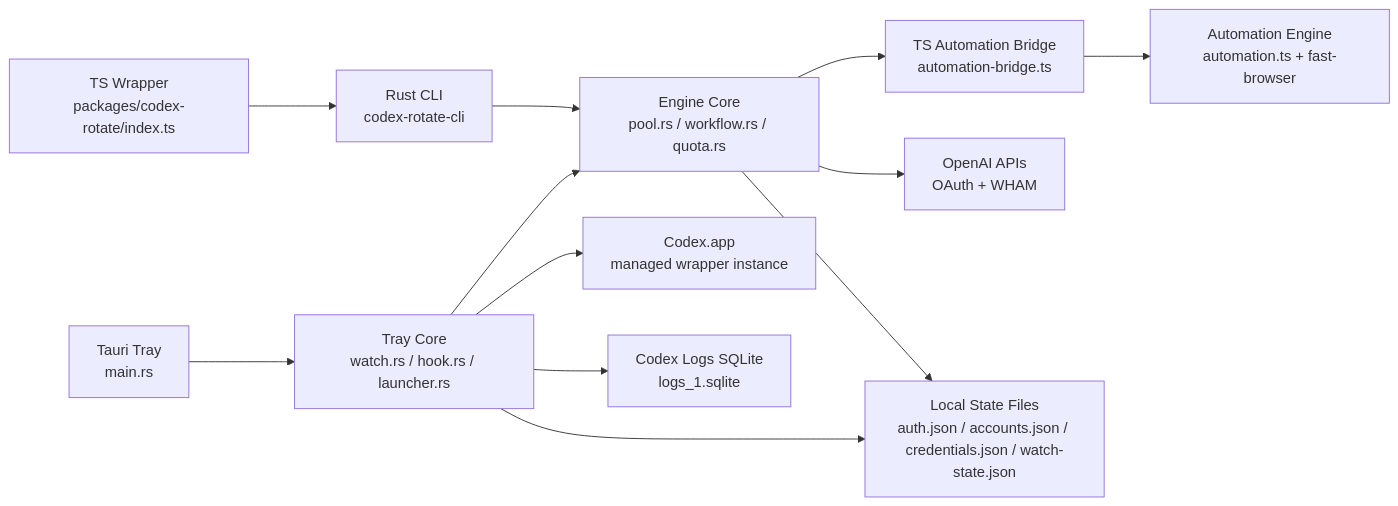
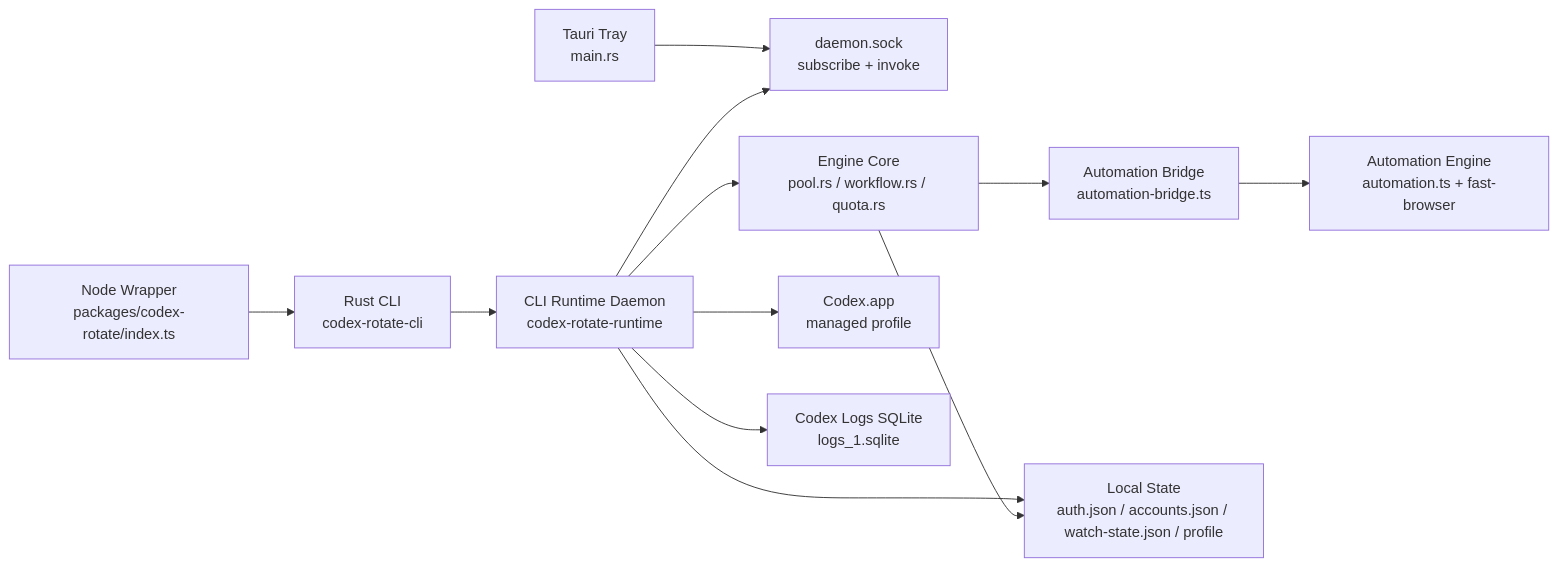
Before and after one commit to omar391/ai-tools: the first of 3 diagrams in packages/codex-rotate-app/architecture.md, drawn with Mermaid. The commit also changed other lines of this file and 36 other files, not shown here.

Commit message:
refactor(codex-rotate): move runtime ownership into the cli

````diff
--- a/packages/codex-rotate-app/architecture.md
+++ b/packages/codex-rotate-app/architecture.md
@@ -25,26 +25,26 @@
 ```mermaid
 flowchart LR
   Tray["Tauri Tray<br/>main.rs"]
-  TrayCore["Tray Core<br/>watch.rs / hook.rs / launcher.rs"]
+  IPC["daemon.sock<br/>subscribe + invoke"]
+  Runtime["CLI Runtime Daemon<br/>codex-rotate-runtime"]
   Engine["Engine Core<br/>pool.rs / workflow.rs / quota.rs"]
   CLI["Rust CLI<br/>codex-rotate-cli"]
-  Wrapper["TS Wrapper<br/>packages/codex-rotate/index.ts"]
-  Bridge["TS Automation Bridge<br/>automation-bridge.ts"]
+  Wrapper["Node Wrapper<br/>packages/codex-rotate/index.ts"]
+  Bridge["Automation Bridge<br/>automation-bridge.ts"]
   Auto["Automation Engine<br/>automation.ts + fast-browser"]
-  Codex["Codex.app<br/>managed wrapper instance"]
-  OpenAI["OpenAI APIs<br/>OAuth + WHAM"]
-  Files["Local State Files<br/>auth.json / accounts.json / credentials.json / watch-state.json"]
+  Codex["Codex.app<br/>managed profile"]
+  Files["Local State<br/>auth.json / accounts.json / watch-state.json / profile"]
   Sqlite["Codex Logs SQLite<br/>logs_1.sqlite"]
 
-  Tray --> TrayCore
-  TrayCore --> Engine
-  CLI --> Engine
+  Tray --> IPC
+  CLI --> Runtime
   Wrapper --> CLI
-  TrayCore --> Codex
-  TrayCore --> Files
-  TrayCore --> Sqlite
-  Engine --> OpenAI
+  Runtime --> IPC
+  Runtime --> Engine
+  Runtime --> Codex
+  Runtime --> Files
+  Runtime --> Sqlite
   Engine --> Files
   Engine --> Bridge
   Bridge --> Auto
 ```
````
